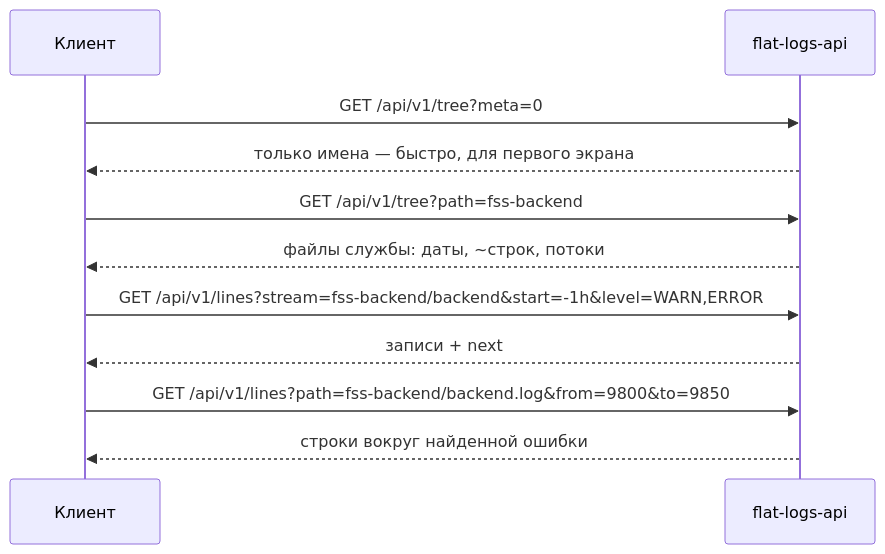
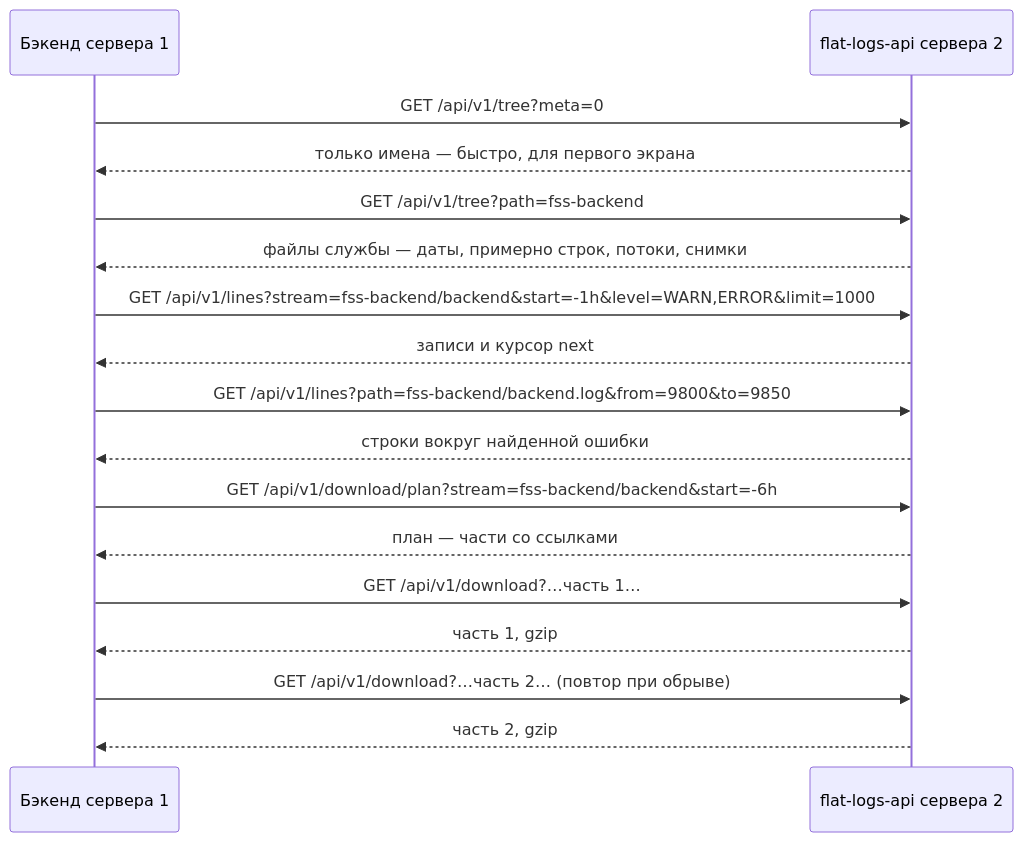
One commit to Jlenin/Flat_chek changed the third of 5 diagrams in agent_2/logs/02-design.md. Above: the diagram before and after it, drawn with Mermaid. The commit also changed other lines of this file and 2 other files, not shown here.

First line of the commit message:
docs(agent_2): log API analysis reworked for the Go service decision

````diff
--- a/agent_2/logs/02-design.md
+++ b/agent_2/logs/02-design.md
@@ -627,13 +978,19 @@
 ```mermaid
 sequenceDiagram
-  participant C as Клиент
-  participant A as flat-logs-api
-  C->>A: GET /api/v1/tree?meta=0
-  A-->>C: только имена — быстро, для первого экрана
-  C->>A: GET /api/v1/tree?path=fss-backend
-  A-->>C: файлы службы: даты, ~строк, потоки
-  C->>A: GET /api/v1/lines?stream=fss-backend/backend&start=-1h&level=WARN,ERROR
-  A-->>C: записи + next
-  C->>A: GET /api/v1/lines?path=fss-backend/backend.log&from=9800&to=9850
-  A-->>C: строки вокруг найденной ошибки
+  participant B as Бэкенд сервера 1
+  participant A as flat-logs-api сервера 2
+  B->>A: GET /api/v1/tree?meta=0
+  A-->>B: только имена — быстро, для первого экрана
+  B->>A: GET /api/v1/tree?path=fss-backend
+  A-->>B: файлы службы — даты, примерно строк, потоки, снимки
+  B->>A: GET /api/v1/lines?stream=fss-backend/backend&start=-1h&level=WARN,ERROR&limit=1000
+  A-->>B: записи и курсор next
+  B->>A: GET /api/v1/lines?path=fss-backend/backend.log&from=9800&to=9850
+  A-->>B: строки вокруг найденной ошибки
+  B->>A: GET /api/v1/download/plan?stream=fss-backend/backend&start=-6h
+  A-->>B: план — части со ссылками
+  B->>A: GET /api/v1/download?…часть 1…
+  A-->>B: часть 1, gzip
+  B->>A: GET /api/v1/download?…часть 2… (повтор при обрыве)
+  A-->>B: часть 2, gzip
 ```
````
